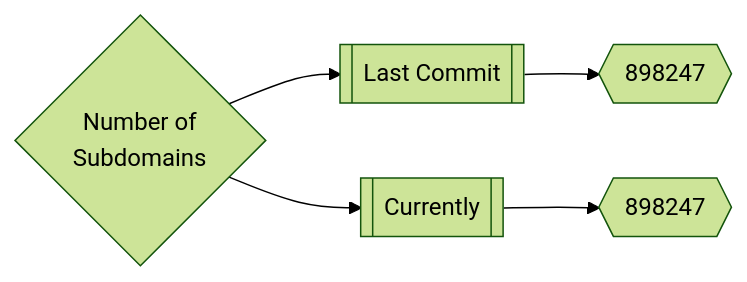
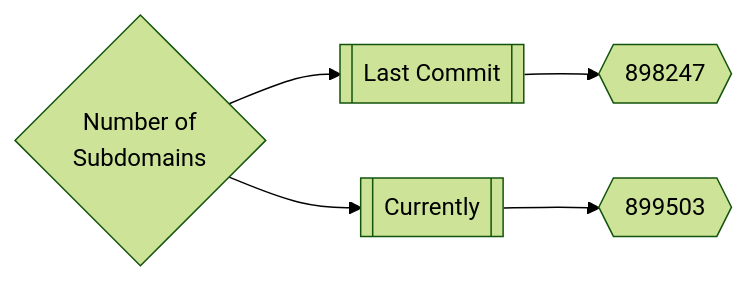
The first of 3 diagrams in README.md (trickest/inventory), drawn with Mermaid (forest theme) before and after one commit. The commit also changed other lines of this file, not shown here.

````diff
--- a/README.md
+++ b/README.md
@@ -167,5 +167,5 @@
 ```mermaid
 graph LR
 title{Number of<br>Subdomains} --> subdomainsDate1[[Last Commit]] --> subdomainsNum1{{898247}}
-title --> subdomainsDate2[[Currently]] --> subdomainsNum2{{898247}}
+title --> subdomainsDate2[[Currently]] --> subdomainsNum2{{899503}}
 ```
````
